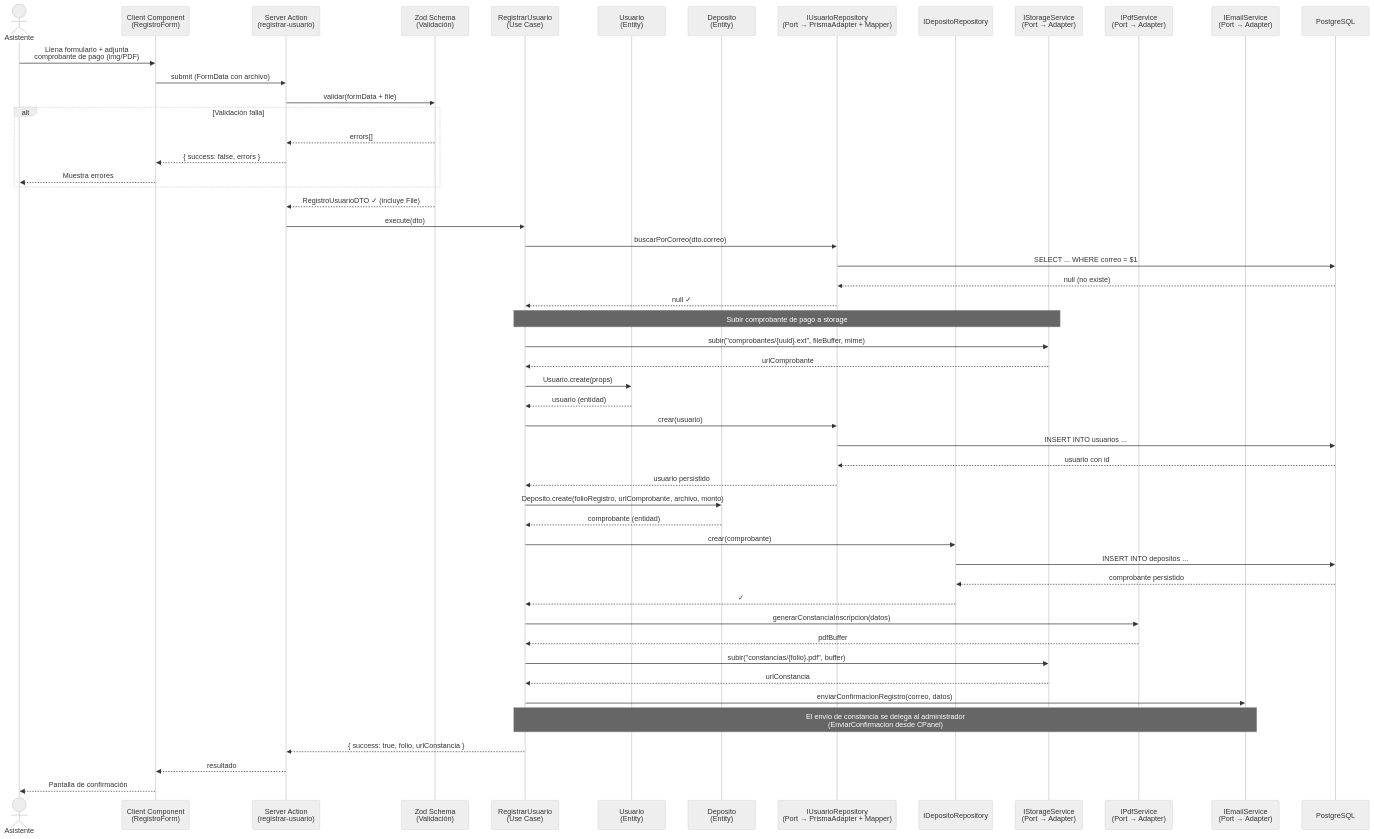
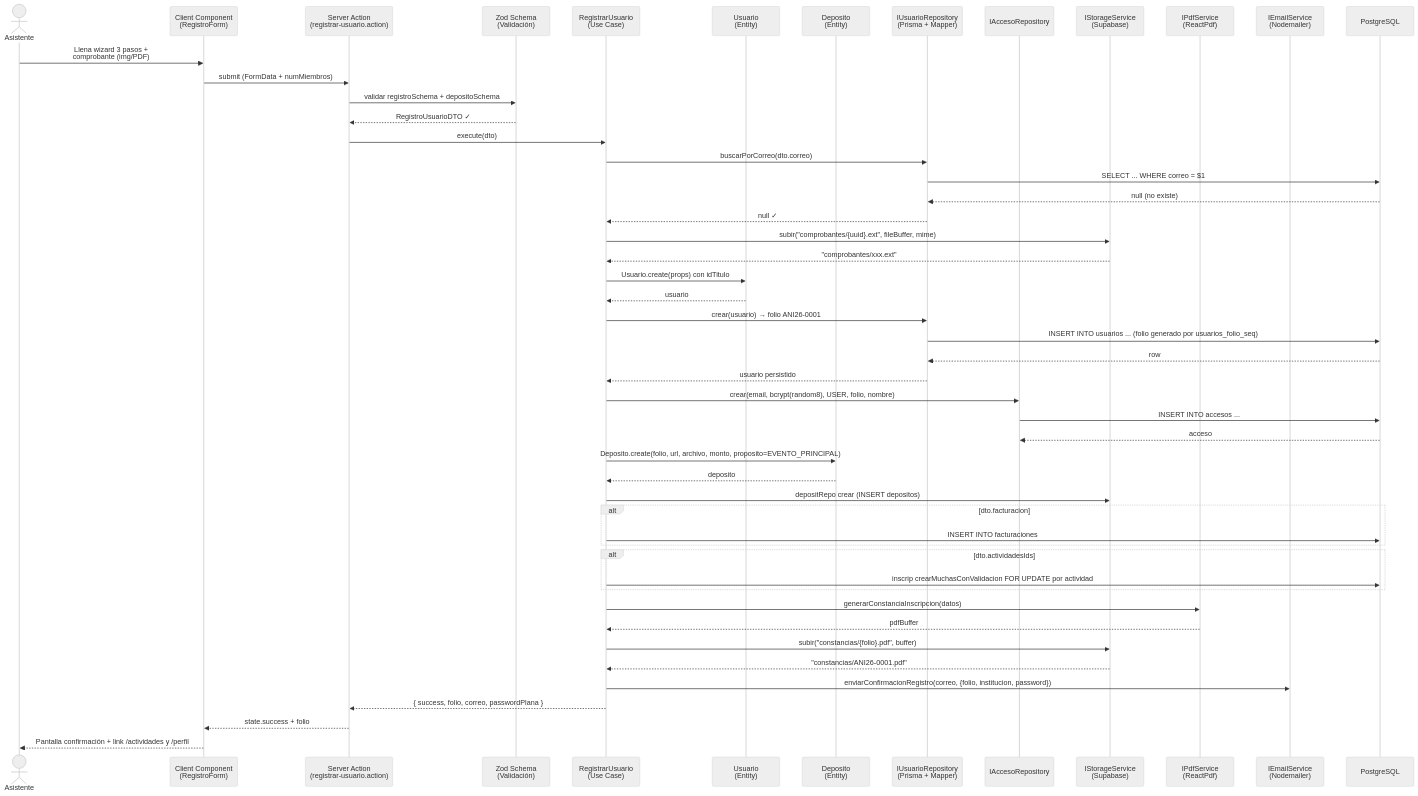
The fifth of 14 diagrams in docs/DESIGN.md (iKinoo/aniei-registro-2026), drawn with Mermaid (neutral theme) before and after one commit. The commit also changed other lines of this file and 30 other files, not shown here.

````diff
--- a/docs/DESIGN.md
+++ b/docs/DESIGN.md
@@ -897,68 +981,64 @@
 ```mermaid
 sequenceDiagram
     actor A as Asistente
     participant CC as Client Component<br/>(RegistroForm)
-    participant SA as Server Action<br/>(registrar-usuario)
+    participant SA as Server Action<br/>(registrar-usuario.action)
     participant Val as Zod Schema<br/>(Validación)
     participant UC as RegistrarUsuario<br/>(Use Case)
     participant Dom as Usuario<br/>(Entity)
     participant Comp as Deposito<br/>(Entity)
-    participant Repo as IUsuarioRepository<br/>(Port → PrismaAdapter + Mapper)
-    participant CompRepo as IDepositoRepository
-    participant Store as IStorageService<br/>(Port → Adapter)
-    participant PDF as IPdfService<br/>(Port → Adapter)
-    participant Mail as IEmailService<br/>(Port → Adapter)
+    participant Repo as IUsuarioRepository<br/>(Prisma + Mapper)
+    participant AccRepo as IAccesoRepository
+    participant Store as IStorageService<br/>(Supabase)
+    participant PDF as IPdfService<br/>(ReactPdf)
+    participant Mail as IEmailService<br/>(Nodemailer)
     participant DB as PostgreSQL
 
-    A->>CC: Llena formulario + adjunta<br/>comprobante de pago (img/PDF)
-    CC->>SA: submit (FormData con archivo)
-    SA->>Val: validar(formData + file)
-    
-    alt Validación falla
-        Val-->>SA: errors[]
-        SA-->>CC: { success: false, errors }
-        CC-->>A: Muestra errores
-    end
+    A->>CC: Llena wizard 3 pasos +<br/>comprobante (img/PDF)
+    CC->>SA: submit (FormData + numMiembros)
+    SA->>Val: validar registroSchema + depositoSchema
+    Val-->>SA: RegistroUsuarioDTO ✓
+    SA->>UC: execute(dto)
 
-    Val-->>SA: RegistroUsuarioDTO ✓ (incluye File)
-
-    SA->>UC: execute(dto)
-    
     UC->>Repo: buscarPorCorreo(dto.correo)
     Repo->>DB: SELECT ... WHERE correo = $1
     DB-->>Repo: null (no existe)
     Repo-->>UC: null ✓
 
-    Note over UC,Store: Subir comprobante de pago a storage
     UC->>Store: subir("comprobantes/{uuid}.ext", fileBuffer, mime)
-    Store-->>UC: urlComprobante
+    Store-->>UC: "comprobantes/xxx.ext"
 
-    UC->>Dom: Usuario.create(props)
-    Dom-->>UC: usuario (entidad)
+    UC->>Dom: Usuario.create(props) con idTitulo
+    Dom-->>UC: usuario
 
-    UC->>Repo: crear(usuario)
-    Repo->>DB: INSERT INTO usuarios ...
-    DB-->>Repo: usuario con id
+    UC->>Repo: crear(usuario) → folio ANI26-0001
+    Repo->>DB: INSERT INTO usuarios ... (folio generado por usuarios_folio_seq)
+    DB-->>Repo: row
     Repo-->>UC: usuario persistido
 
-    UC->>Comp: Deposito.create(folioRegistro, urlComprobante, archivo, monto)
-    Comp-->>UC: comprobante (entidad)
+    UC->>AccRepo: crear(email, bcrypt(random8), USER, folio, nombre)
+    AccRepo->>DB: INSERT INTO accesos ...
+    DB-->>AccRepo: acceso
 
-    UC->>CompRepo: crear(comprobante)
-    CompRepo->>DB: INSERT INTO depositos ...
-    DB-->>CompRepo: comprobante persistido
-    CompRepo-->>UC: ✓
+    UC->>Comp: Deposito.create(folio, url, archivo, monto, proposito=EVENTO_PRINCIPAL)
+    Comp-->>UC: deposito
+    UC->>Store: depositRepo crear (INSERT depositos)
+
+    alt dto.facturacion
+        UC->>DB: INSERT INTO facturaciones
+    end
+
+    alt dto.actividadesIds
+        UC->>DB: inscrip crearMuchasConValidacion FOR UPDATE por actividad
+    end
 
     UC->>PDF: generarConstanciaInscripcion(datos)
     PDF-->>UC: pdfBuffer
+    UC->>Store: subir("constancias/{folio}.pdf", buffer)
+    Store-->>UC: "constancias/ANI26-0001.pdf"
 
-    UC->>Store: subir("constancias/{folio}.pdf", buffer)
-    Store-->>UC: urlConstancia
-
-    UC->>Mail: enviarConfirmacionRegistro(correo, datos)
-    Note over UC,Mail: El envío de constancia se delega al administrador<br/>(EnviarConfirmacion desde CPanel)
-
-    UC-->>SA: { success: true, folio, urlConstancia }
-    SA-->>CC: resultado
-    CC-->>A: Pantalla de confirmación
+    UC->>Mail: enviarConfirmacionRegistro(correo, {folio, institucion, password})
+    UC-->>SA: { success, folio, correo, passwordPlana }
+    SA-->>CC: state.success + folio
+    CC-->>A: Pantalla confirmación + link /actividades y /perfil
 ```
````
